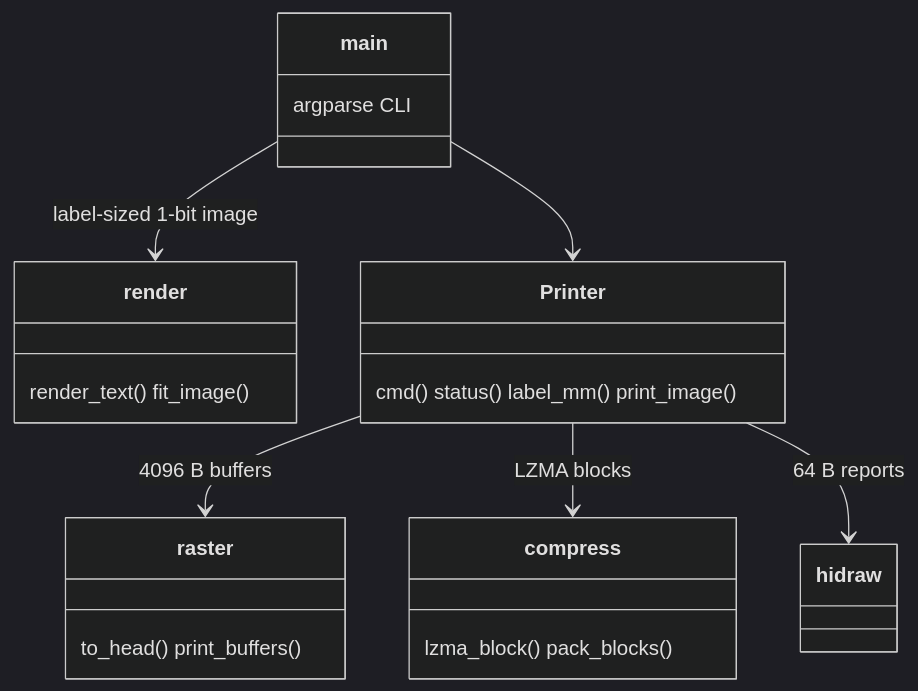
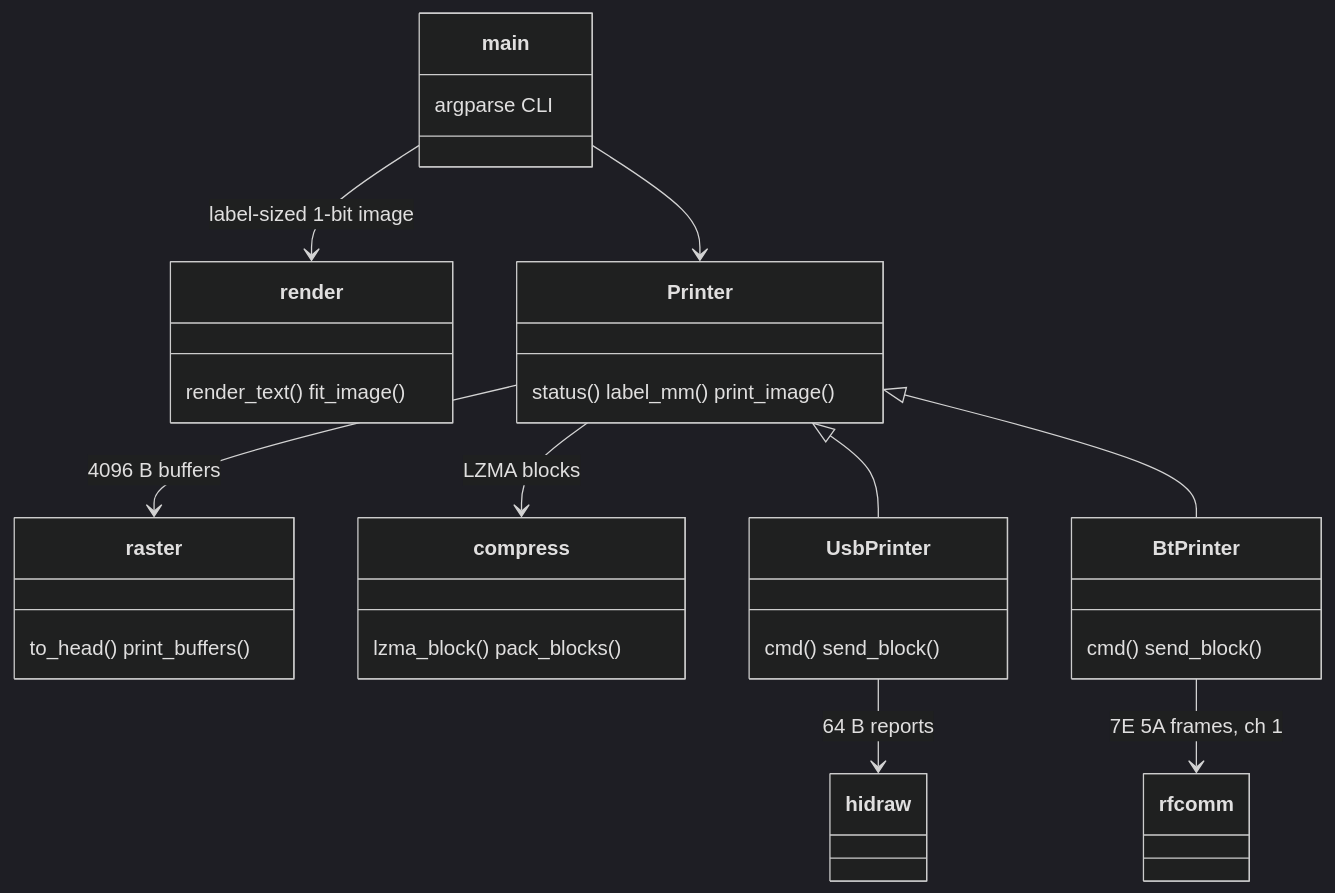
Before and after one commit to tmpk13/thermal-printer-py: the diagram in README.md, drawn with Mermaid (dark theme). The commit also changed other lines of this file and 4 other files, not shown here.

````diff
--- a/README.md
+++ b/README.md
@@ -26,13 +30,18 @@
 ```mermaid
 classDiagram
     class main { argparse CLI }
     class render { render_text() fit_image() }
     class raster { to_head() print_buffers() }
     class compress { lzma_block() pack_blocks() }
-    class Printer { cmd() status() label_mm() print_image() }
+    class Printer { status() label_mm() print_image() }
+    class UsbPrinter { cmd() send_block() }
+    class BtPrinter { cmd() send_block() }
     main --> render : label-sized 1-bit image
     main --> Printer
+    Printer <|-- UsbPrinter
+    Printer <|-- BtPrinter
     Printer --> raster : 4096 B buffers
     Printer --> compress : LZMA blocks
-    Printer --> hidraw : 64 B reports
+    UsbPrinter --> hidraw : 64 B reports
+    BtPrinter --> rfcomm : 7E 5A frames, ch 1
 ```
````
